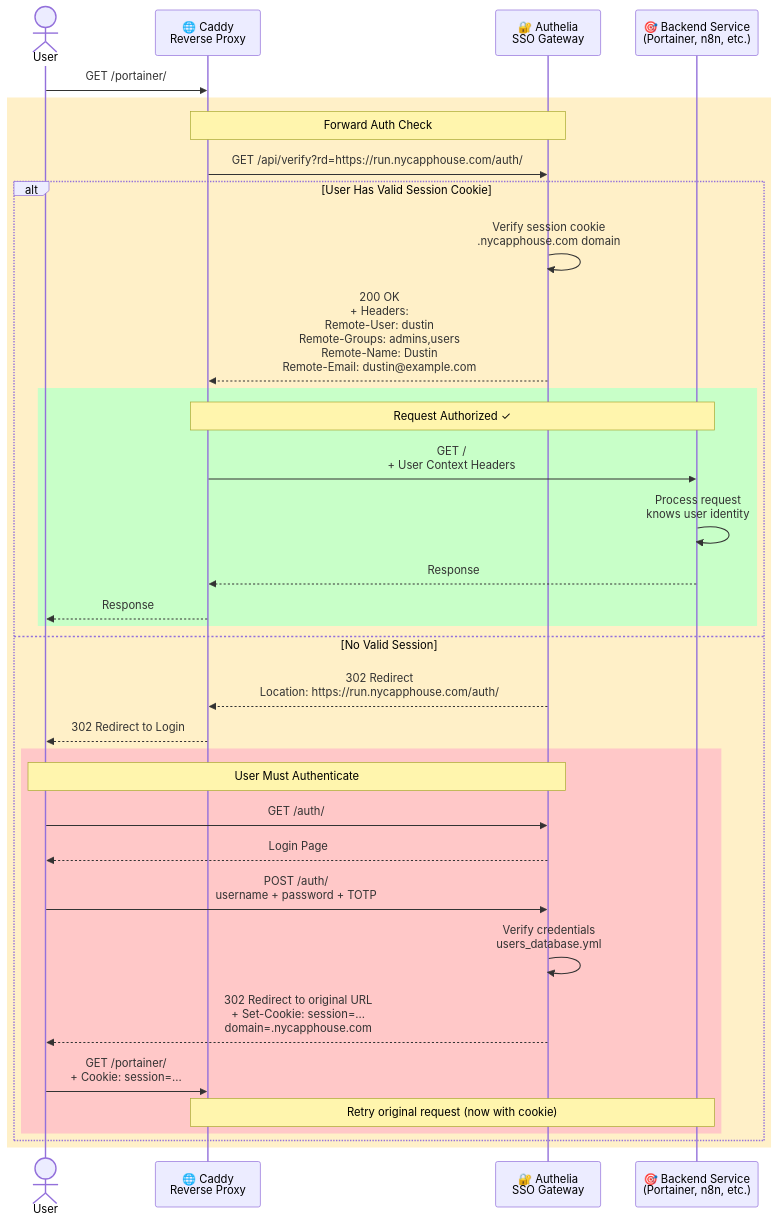
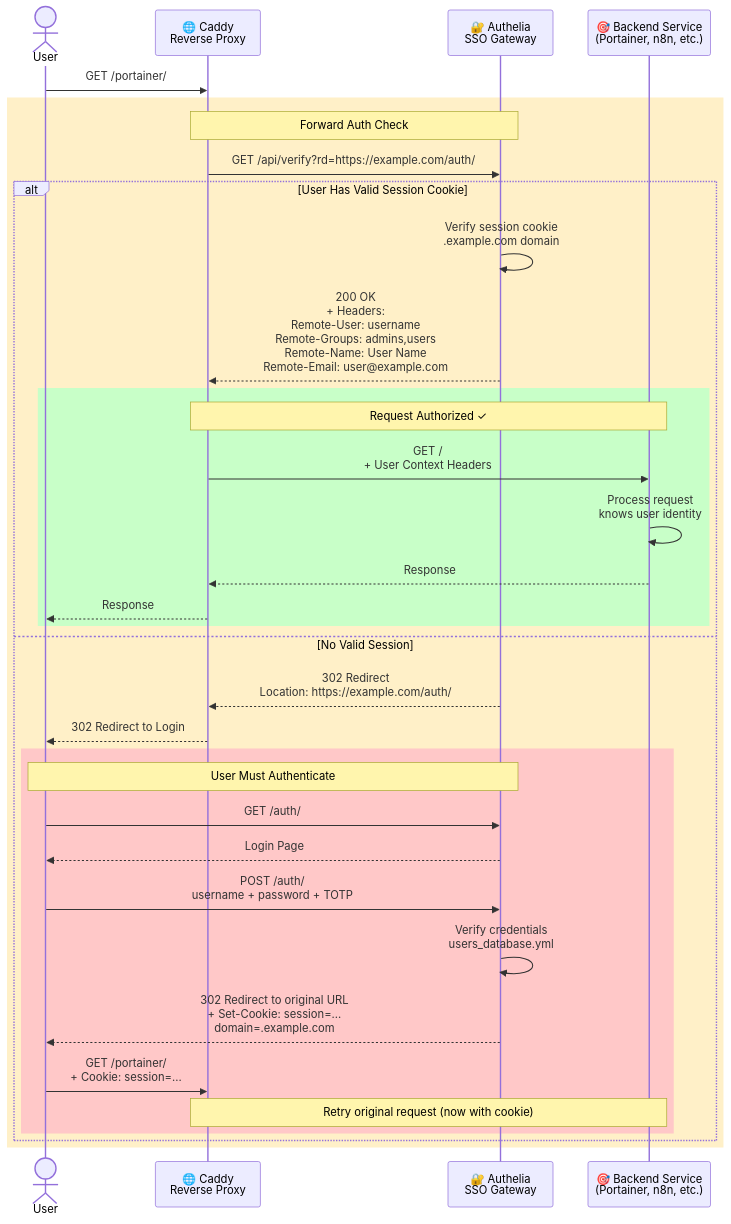
The second of 8 diagrams in docs/advanced/walled-garden-architecture.mermaid.md (dustinnh/Walled-Garden), drawn with Mermaid before and after one commit. The commit also changed other lines of this file and 13 other files, not shown here.

````diff
--- a/docs/advanced/walled-garden-architecture.mermaid.md
+++ b/docs/advanced/walled-garden-architecture.mermaid.md
@@ -95,42 +95,42 @@
 ```mermaid
 sequenceDiagram
     actor User
     participant Caddy as 🌐 Caddy<br/>Reverse Proxy
     participant Authelia as 🔐 Authelia<br/>SSO Gateway
     participant Backend as 🎯 Backend Service<br/>(Portainer, n8n, etc.)
 
     User->>Caddy: GET /portainer/
 
     rect rgb(255, 240, 200)
         Note over Caddy,Authelia: Forward Auth Check
-        Caddy->>Authelia: GET /api/verify?rd=https://run.nycapphouse.com/auth/
+        Caddy->>Authelia: GET /api/verify?rd=https://example.com/auth/
 
         alt User Has Valid Session Cookie
-            Authelia->>Authelia: Verify session cookie<br/>.nycapphouse.com domain
-            Authelia-->>Caddy: 200 OK<br/>+ Headers:<br/>Remote-User: dustin<br/>Remote-Groups: admins,users<br/>Remote-Name: Dustin<br/>Remote-Email: dustin@example.com
+            Authelia->>Authelia: Verify session cookie<br/>.example.com domain
+            Authelia-->>Caddy: 200 OK<br/>+ Headers:<br/>Remote-User: username<br/>Remote-Groups: admins,users<br/>Remote-Name: User Name<br/>Remote-Email: user@example.com
 
             rect rgb(200, 255, 200)
                 Note over Caddy,Backend: Request Authorized ✓
                 Caddy->>Backend: GET /<br/>+ User Context Headers
                 Backend->>Backend: Process request<br/>knows user identity
                 Backend-->>Caddy: Response
                 Caddy-->>User: Response
             end
 
         else No Valid Session
-            Authelia-->>Caddy: 302 Redirect<br/>Location: https://run.nycapphouse.com/auth/
+            Authelia-->>Caddy: 302 Redirect<br/>Location: https://example.com/auth/
             Caddy-->>User: 302 Redirect to Login
 
             rect rgb(255, 200, 200)
                 Note over User,Authelia: User Must Authenticate
                 User->>Authelia: GET /auth/
                 Authelia-->>User: Login Page
                 User->>Authelia: POST /auth/<br/>username + password + TOTP
                 Authelia->>Authelia: Verify credentials<br/>users_database.yml
-                Authelia-->>User: 302 Redirect to original URL<br/>+ Set-Cookie: session=...<br/>domain=.nycapphouse.com
+                Authelia-->>User: 302 Redirect to original URL<br/>+ Set-Cookie: session=...<br/>domain=.example.com
                 User->>Caddy: GET /portainer/<br/>+ Cookie: session=...
                 Note over Caddy,Backend: Retry original request (now with cookie)
             end
         end
     end
 ```
````
